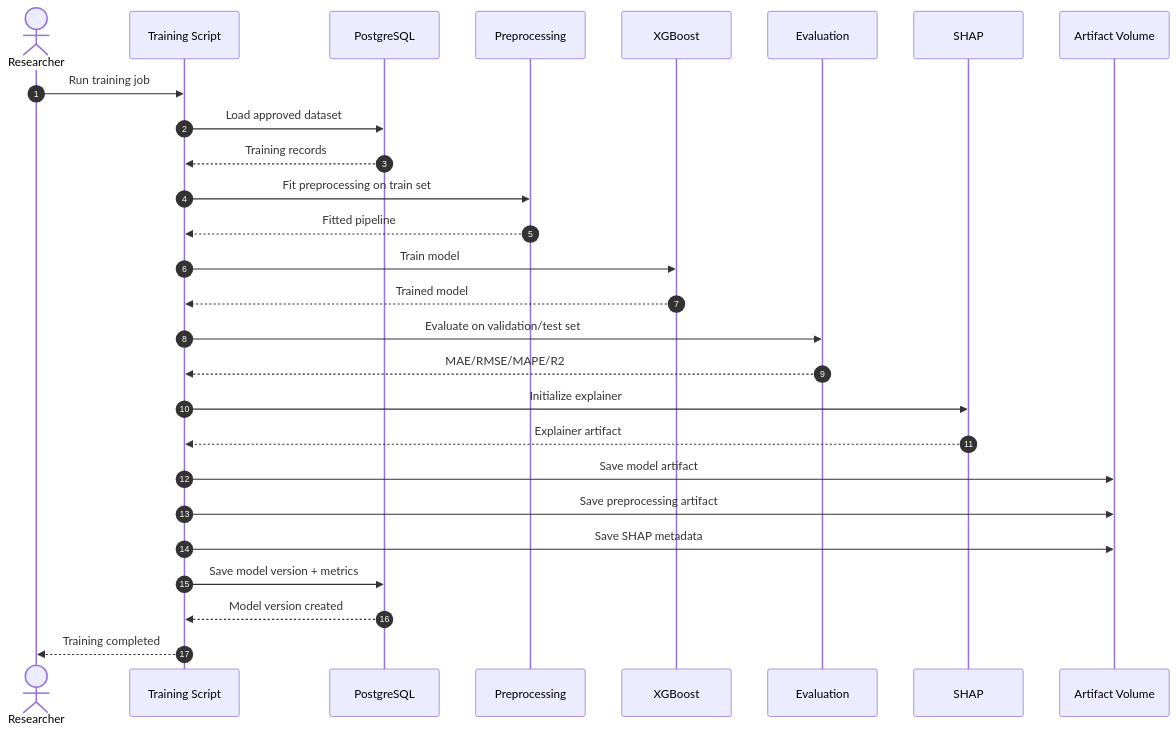
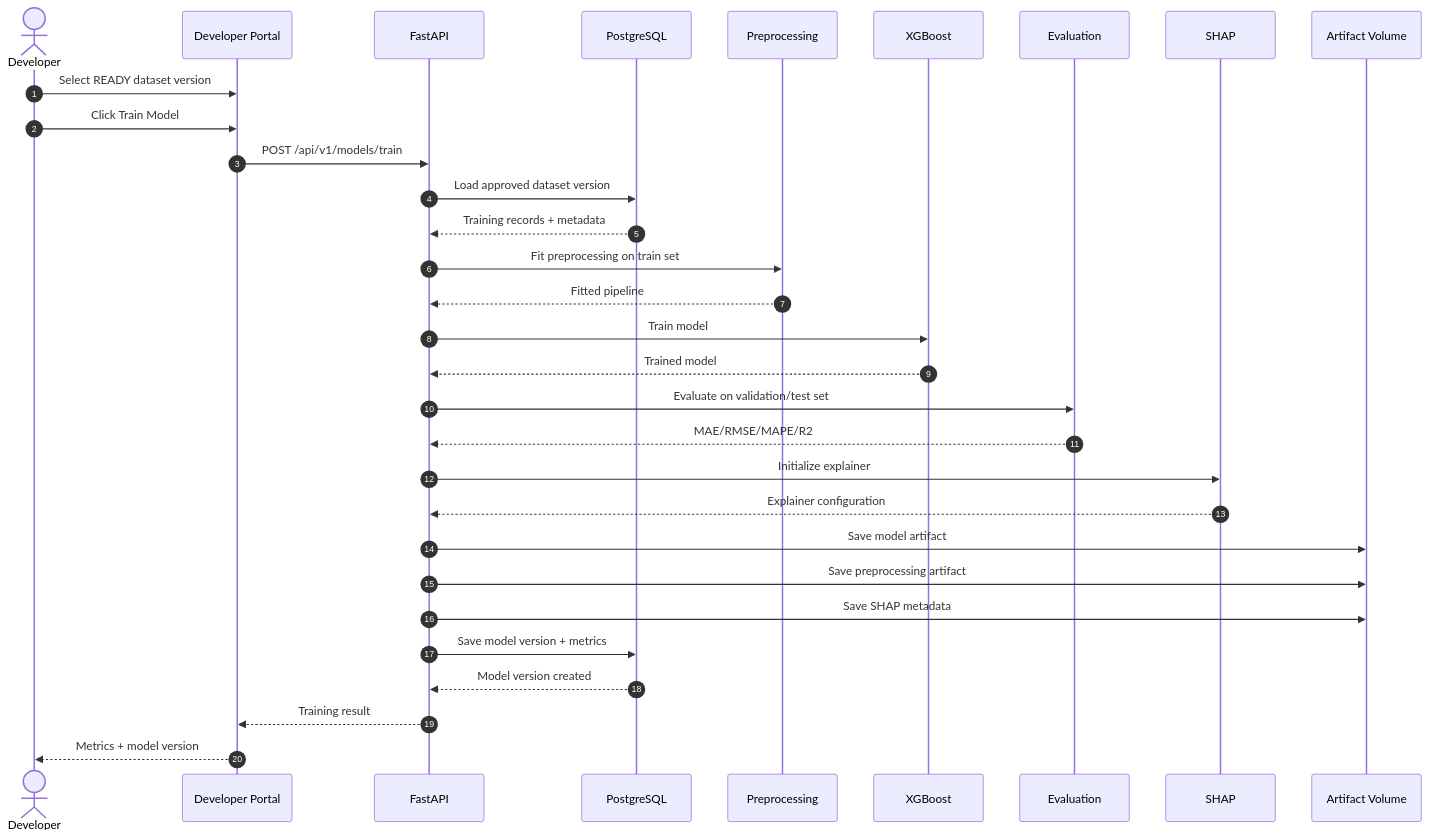
Before and after one commit to RistoKuy/XAI_Car_CP: the fifth of 11 diagrams in implementation_plan.md, drawn with Mermaid. The commit also changed other lines of this file and 31 other files, not shown here.

First line of the commit message:
Developer Portal terisolasi: ETL upload Update/Replace + 6 modul + port loopback

````diff
--- a/implementation_plan.md
+++ b/implementation_plan.md
@@ -294,30 +500,34 @@
 ```mermaid
 sequenceDiagram
     autonumber
-    actor Researcher
-    participant CLI as Training Script
+    actor Developer
+    participant PORTAL as Developer Portal
+    participant API as FastAPI
     participant DB as PostgreSQL
     participant PRE as Preprocessing
     participant XGB as XGBoost
     participant EVAL as Evaluation
     participant SHAP as SHAP
     participant FS as Artifact Volume
 
-    Researcher->>CLI: Run training job
-    CLI->>DB: Load approved dataset
-    DB-->>CLI: Training records
-    CLI->>PRE: Fit preprocessing on train set
-    PRE-->>CLI: Fitted pipeline
-    CLI->>XGB: Train model
-    XGB-->>CLI: Trained model
-    CLI->>EVAL: Evaluate on validation/test set
-    EVAL-->>CLI: MAE/RMSE/MAPE/R2
-    CLI->>SHAP: Initialize explainer
-    SHAP-->>CLI: Explainer artifact
-    CLI->>FS: Save model artifact
-    CLI->>FS: Save preprocessing artifact
-    CLI->>FS: Save SHAP metadata
-    CLI->>DB: Save model version + metrics
-    DB-->>CLI: Model version created
-    CLI-->>Researcher: Training completed
+    Developer->>PORTAL: Select READY dataset version
+    Developer->>PORTAL: Click Train Model
+    PORTAL->>API: POST /api/v1/models/train
+    API->>DB: Load approved dataset version
+    DB-->>API: Training records + metadata
+    API->>PRE: Fit preprocessing on train set
+    PRE-->>API: Fitted pipeline
+    API->>XGB: Train model
+    XGB-->>API: Trained model
+    API->>EVAL: Evaluate on validation/test set
+    EVAL-->>API: MAE/RMSE/MAPE/R2
+    API->>SHAP: Initialize explainer
+    SHAP-->>API: Explainer configuration
+    API->>FS: Save model artifact
+    API->>FS: Save preprocessing artifact
+    API->>FS: Save SHAP metadata
+    API->>DB: Save model version + metrics
+    DB-->>API: Model version created
+    API-->>PORTAL: Training result
+    PORTAL-->>Developer: Metrics + model version
 ```
````
